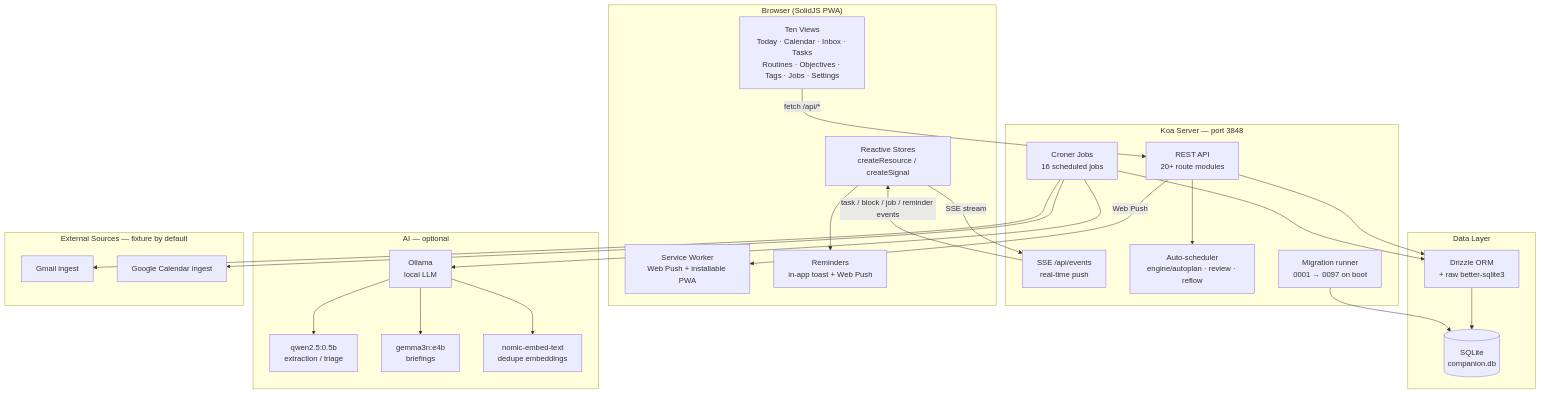
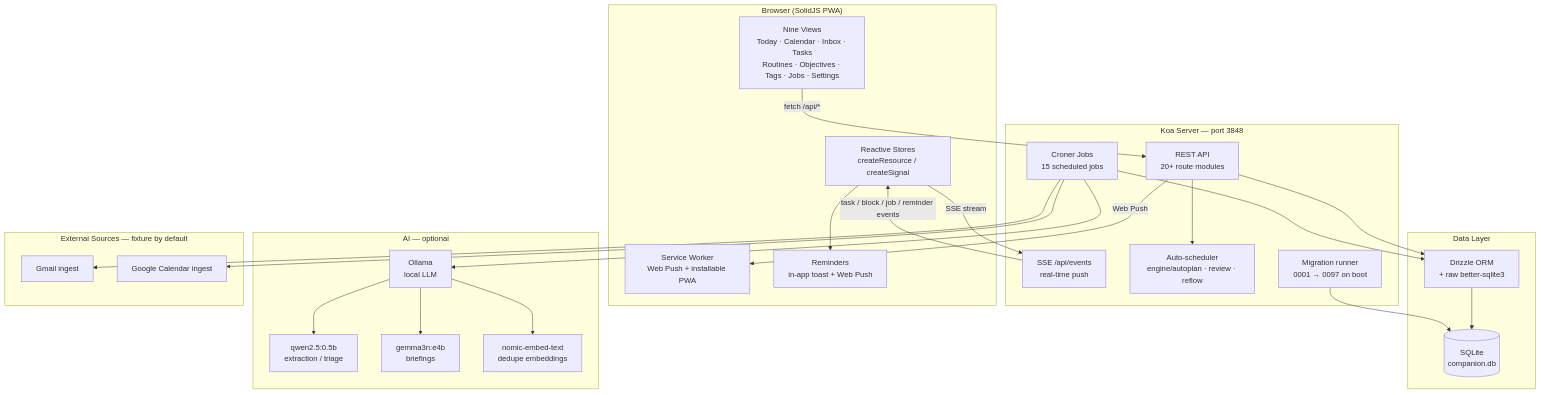
The diagram in README.md (companionintelligence/CI-Planning), drawn with Mermaid before and after one commit. The commit also changed other lines of this file and 3 other files, not shown here.

First line of the commit message:
docs: fix post-Q/S staleness (ERD, job count, version + view strings, dead anchors)

````diff
--- a/README.md
+++ b/README.md
@@ -30,51 +30,51 @@
 ```mermaid
 graph TB
     subgraph Browser["Browser (SolidJS PWA)"]
-        UI[Ten Views<br/>Today · Calendar · Inbox · Tasks<br/>Routines · Objectives · Tags · Jobs · Settings]
+        UI[Nine Views<br/>Today · Calendar · Inbox · Tasks<br/>Routines · Objectives · Tags · Jobs · Settings]
         Store[Reactive Stores<br/>createResource / createSignal]
         SW[Service Worker<br/>Web Push + installable PWA]
         BN[Reminders<br/>in-app toast + Web Push]
     end
 
     subgraph Server["Koa Server — port 3848"]
         API[REST API<br/>20+ route modules]
         SSE[SSE /api/events<br/>real-time push]
         Engine[Auto-scheduler<br/>engine/autoplan · review · reflow]
-        Cron[Croner Jobs<br/>16 scheduled jobs]
+        Cron[Croner Jobs<br/>15 scheduled jobs]
         Migrate[Migration runner<br/>0001 → 0097 on boot]
     end
 
     subgraph Data["Data Layer"]
         DB[(SQLite<br/>companion.db)]
         Drizzle[Drizzle ORM<br/>+ raw better-sqlite3]
     end
 
     subgraph AI["AI — optional"]
         Ollama[Ollama<br/>local LLM]
         Small["qwen2.5:0.5b<br/>extraction / triage"]
         Medium["gemma3n:e4b<br/>briefings"]
         Embed["nomic-embed-text<br/>dedupe embeddings"]
     end
 
     subgraph Sources["External Sources — fixture by default"]
         Gmail[Gmail ingest]
         GCal[Google Calendar ingest]
     end
 
     UI -->|"fetch /api/*"| API
     Store -->|SSE stream| SSE
     API --> Engine
     API --> Drizzle
     Cron --> Drizzle
     Cron --> Ollama
     Cron --> Gmail
     Cron --> GCal
     Drizzle --> DB
     Migrate --> DB
     Ollama --> Small
     Ollama --> Medium
     Ollama --> Embed
     SSE -->|task / block / job / reminder events| Store
     Store --> BN
     API -->|Web Push| SW
 ```
````
